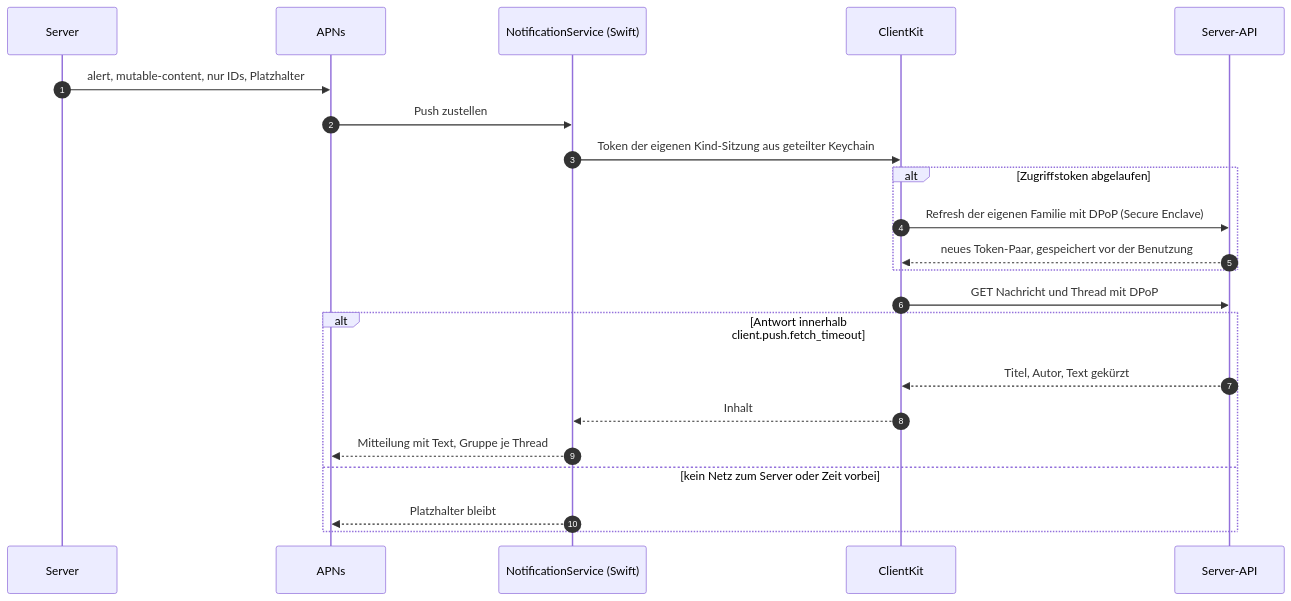
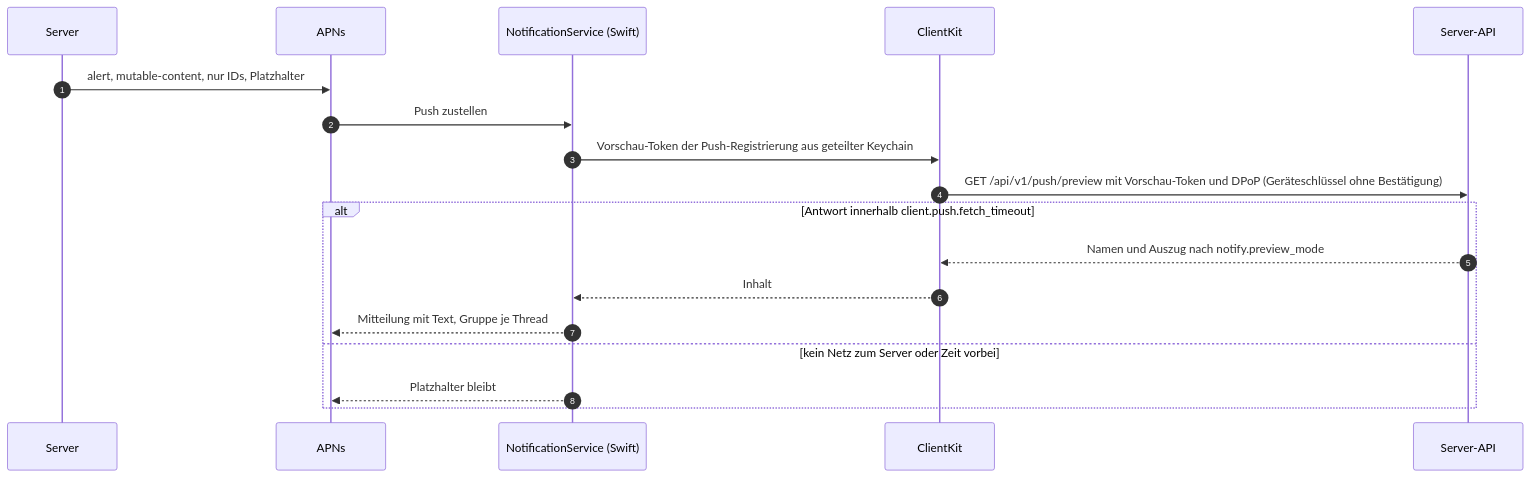
One commit to mguttmann/bothy changed the fifth of 5 diagrams in docs/spec/15-client-architektur.md. Above: the diagram before and after it, drawn with Mermaid. The commit also changed other lines of this file and 33 other files, not shown here.

First line of the commit message:
docs(spec): Kapitel, ADRs und Betriebsdoku nach Lücken Teil 3

````diff
--- a/docs/spec/15-client-architektur.md
+++ b/docs/spec/15-client-architektur.md
@@ -405,24 +406,20 @@
 ```mermaid
 sequenceDiagram
   autonumber
   participant S as Server
   participant A as APNs
   participant N as NotificationService (Swift)
   participant K as ClientKit
   participant API as Server-API
   S->>A: alert, mutable-content, nur IDs, Platzhalter
   A->>N: Push zustellen
-  N->>K: Token der eigenen Kind-Sitzung aus geteilter Keychain
-  alt Zugriffstoken abgelaufen
-    K->>API: Refresh der eigenen Familie mit DPoP (Secure Enclave)
-    API-->>K: neues Token-Paar, gespeichert vor der Benutzung
-  end
-  K->>API: GET Nachricht und Thread mit DPoP
+  N->>K: Vorschau-Token der Push-Registrierung aus geteilter Keychain
+  K->>API: GET /api/v1/push/preview mit Vorschau-Token und DPoP (Geräteschlüssel ohne Bestätigung)
   alt Antwort innerhalb client.push.fetch_timeout
-    API-->>K: Titel, Autor, Text gekürzt
+    API-->>K: Namen und Auszug nach notify.preview_mode
     K-->>N: Inhalt
     N-->>A: Mitteilung mit Text, Gruppe je Thread
   else kein Netz zum Server oder Zeit vorbei
     N-->>A: Platzhalter bleibt
   end
 ```
````
